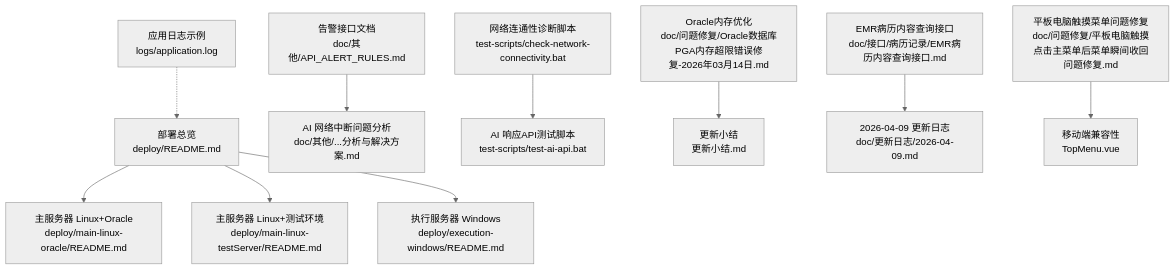
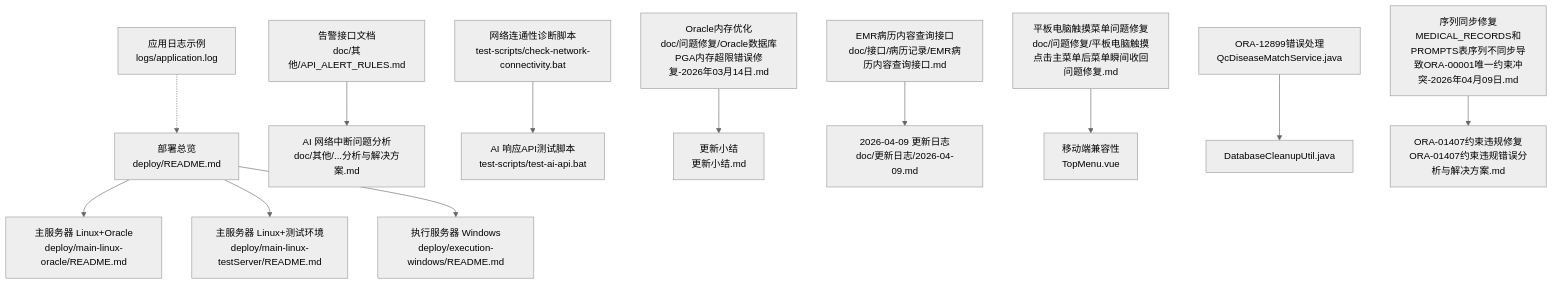
One commit to liuzh2008/med_ai_assistant_workspace changed the first of 4 diagrams in .qoder/repowiki/zh/content/故障排除.md. Above: the diagram before and after it, drawn with Mermaid (neutral theme). The commit also changed other lines of this file and 4 other files, not shown here.

````diff
--- a/.qoder/repowiki/zh/content/故障排除.md
+++ b/.qoder/repowiki/zh/content/故障排除.md
@@ -63,12 +70,14 @@
 ```mermaid
 graph TB
 A["部署总览<br/>deploy/README.md"] --> B["主服务器 Linux+Oracle<br/>deploy/main-linux-oracle/README.md"]
 A --> C["主服务器 Linux+测试环境<br/>deploy/main-linux-testServer/README.md"]
 A --> D["执行服务器 Windows<br/>deploy/execution-windows/README.md"]
 E["告警接口文档<br/>doc/其他/API_ALERT_RULES.md"] --> F["AI 网络中断问题分析<br/>doc/其他/...分析与解决方案.md"]
 G["网络连通性诊断脚本<br/>test-scripts/check-network-connectivity.bat"] --> H["AI 响应API测试脚本<br/>test-scripts/test-ai-api.bat"]
 I["应用日志示例<br/>logs/application.log"] -.-> A
 J["Oracle内存优化<br/>doc/问题修复/Oracle数据库PGA内存超限错误修复-2026年03月14日.md"] --> K["更新小结<br/>更新小结.md"]
 L["EMR病历内容查询接口<br/>doc/接口/病历记录/EMR病历内容查询接口.md"] --> M["2026-04-09 更新日志<br/>doc/更新日志/2026-04-09.md"]
 N["平板电脑触摸菜单问题修复<br/>doc/问题修复/平板电脑触摸点击主菜单后菜单瞬间收回问题修复.md"] --> O["移动端兼容性<br/>TopMenu.vue"]
+P["ORA-12899错误处理<br/>QcDiseaseMatchService.java"] --> Q["DatabaseCleanupUtil.java"]
+R["序列同步修复<br/>MEDICAL_RECORDS和PROMPTS表序列不同步导致ORA-00001唯一约束冲突-2026年04月09日.md"] --> S["ORA-01407约束违规修复<br/>ORA-01407约束违规错误分析与解决方案.md"]
 ```
````
